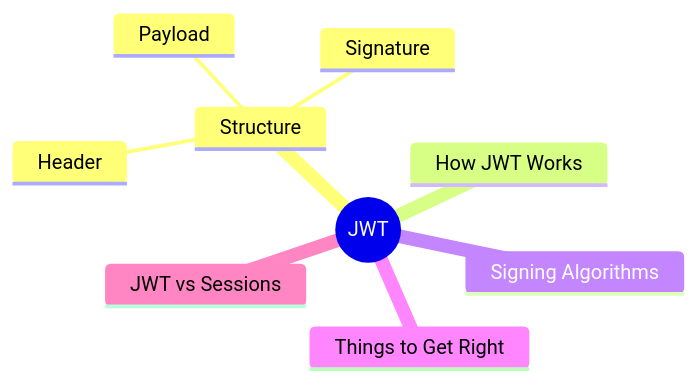
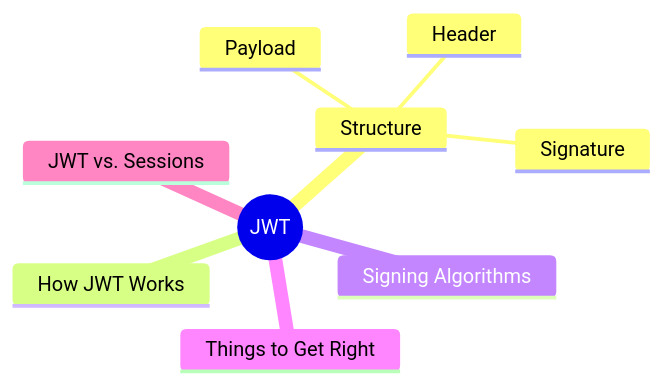
One commit to Charmying/blog changed the first of 2 diagrams in src/posts/en/network-jwt.mdx. Above: the diagram before and after it, drawn with Mermaid. The commit also changed other lines of this file and 40 other files, not shown here.

````diff
--- a/src/posts/en/network-jwt.mdx
+++ b/src/posts/en/network-jwt.mdx
@@ -12,12 +12,12 @@
 ```mermaid
 mindmap
     root((JWT))
         Structure
             Header
             Payload
             Signature
         How JWT Works
         Signing Algorithms
         Things to Get Right
-        JWT vs Sessions
+        JWT vs. Sessions
 ```
````
